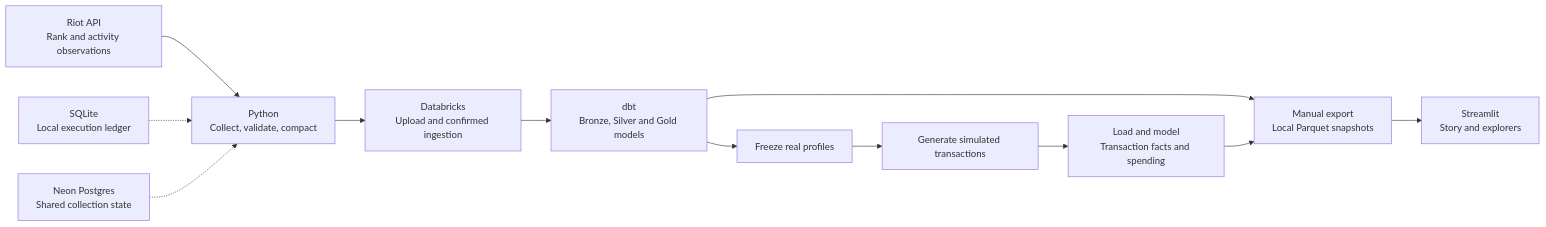
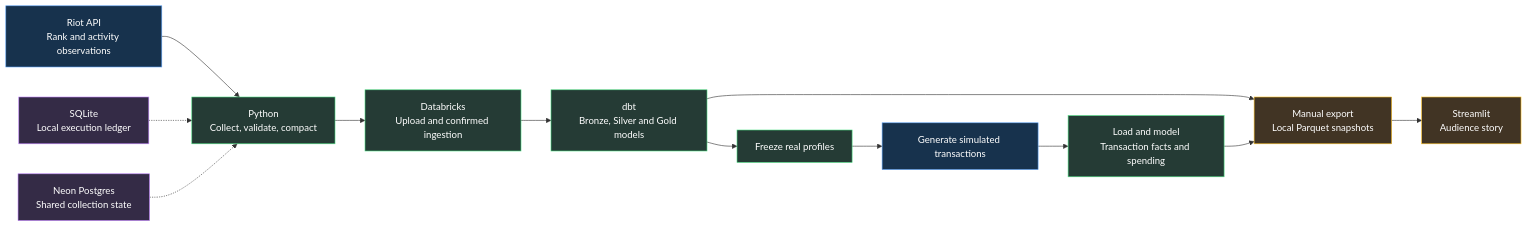
One commit to Pedro-Iaki/league-specialization-etl changed the diagram in README.md. Above: the diagram before and after it, drawn with Mermaid. The commit also changed other lines of this file and 18 other files, not shown here.

````diff
--- a/README.md
+++ b/README.md
@@ -30,14 +82,22 @@
 ```mermaid
 flowchart LR
     riot["Riot API<br/>Rank and activity observations"] --> collect["Python<br/>Collect, validate, compact"]
     collect --> ingest["Databricks<br/>Upload and confirmed ingestion"]
     ingest --> models["dbt<br/>Bronze, Silver and Gold models"]
     models --> export["Manual export<br/>Local Parquet snapshots"]
-    export --> dashboard["Streamlit<br/>Story and explorers"]
+    export --> dashboard["Streamlit<br/>Audience story"]
     sqlite["SQLite<br/>Local execution ledger"] -.-> collect
     neon["Neon Postgres<br/>Shared collection state"] -.-> collect
     models --> cohort["Freeze real profiles"]
     cohort --> generated["Generate simulated transactions"]
     generated --> business["Load and model<br/>Transaction facts and spending"]
     business --> export
+    classDef source fill:#17324d,stroke:#60a5fa,color:#fff
+    classDef processing fill:#253b35,stroke:#4ade80,color:#fff
+    classDef serving fill:#413424,stroke:#fbbf24,color:#fff
+    classDef state fill:#342b46,stroke:#c084fc,color:#fff
+    class riot,generated source
+    class collect,ingest,models,business,cohort processing
+    class export,dashboard serving
+    class sqlite,neon state
 ```
````
